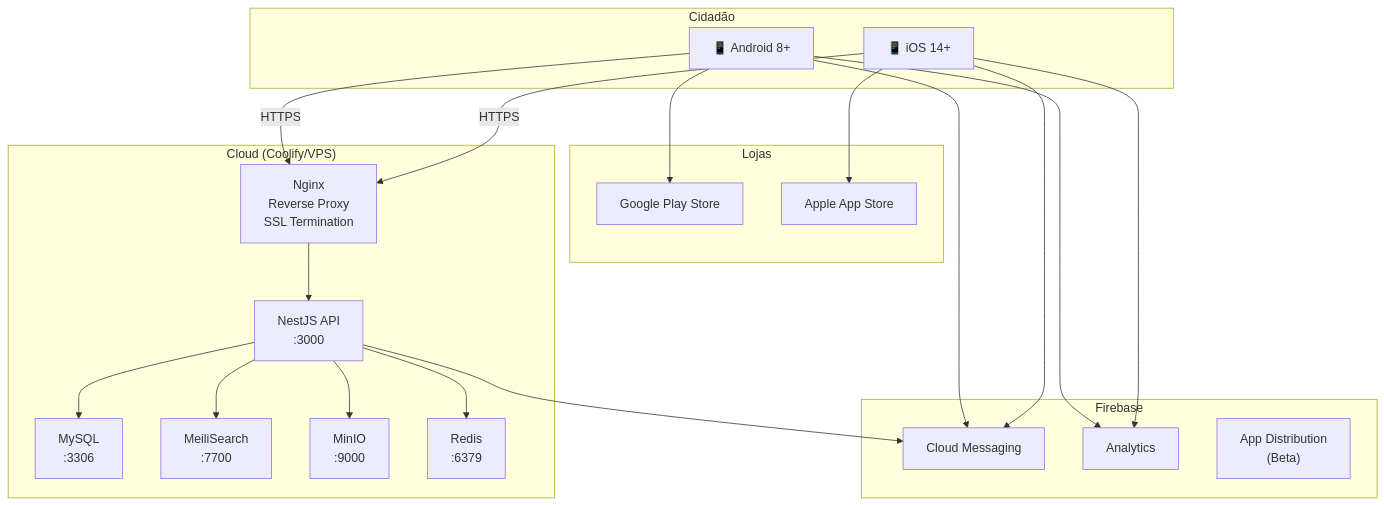
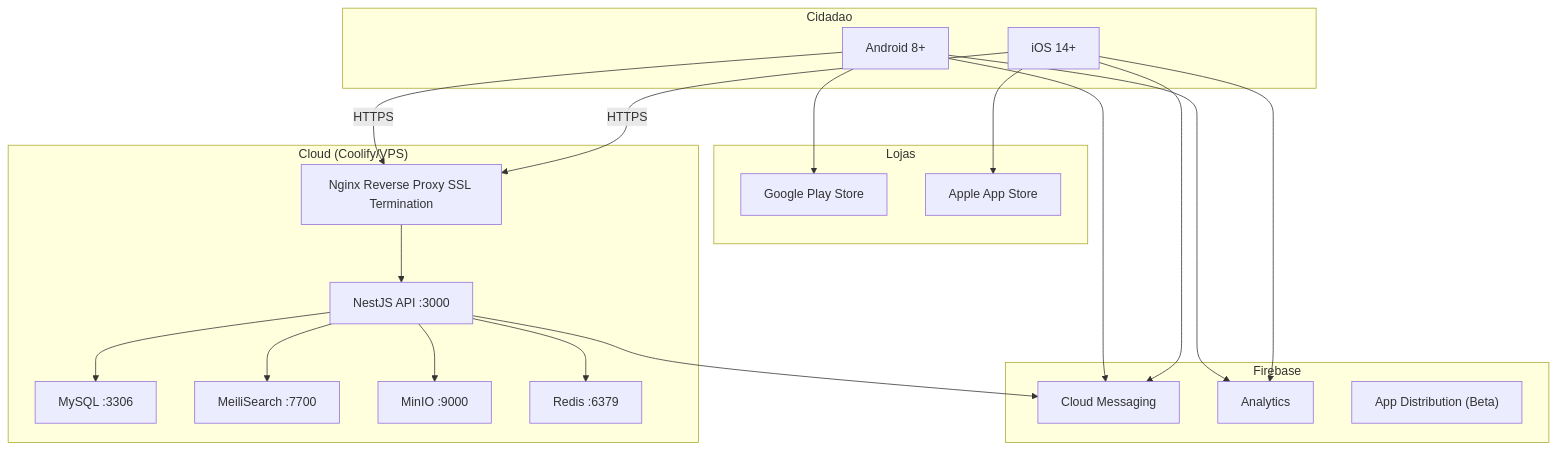
One commit to Advansoftware/Prefeitura-De-Bolso changed the fifth of 5 diagrams in docs/Vol3_Arquitetura_Tecnica.md. Above: the diagram before and after it, drawn with Mermaid. The commit also changed other lines of this file and 1 other file, not shown here.

Commit message:
docs: Fix mermaid diagram parsing in GitHub

````diff
--- a/docs/Vol3_Arquitetura_Tecnica.md
+++ b/docs/Vol3_Arquitetura_Tecnica.md
@@ -748,42 +748,42 @@
 ```mermaid
 graph TB
-    subgraph "Cidadão"
-        ANDROID["📱 Android 8+"]
-        IOS["📱 iOS 14+"]
+    subgraph "Cidadao"
+        ANDROID["Android 8+"]
+        IOS["iOS 14+"]
     end
 
     subgraph "Lojas"
         PLAY["Google Play Store"]
         APPLE["Apple App Store"]
     end
 
     subgraph "Cloud (Coolify/VPS)"
-        NGINX["Nginx<br>Reverse Proxy<br>SSL Termination"]
-        API["NestJS API<br>:3000"]
-        MYSQL_S["MySQL<br>:3306"]
-        MEILI_S["MeiliSearch<br>:7700"]
-        MINIO_S["MinIO<br>:9000"]
-        REDIS_S["Redis<br>:6379"]
+        NGINX["Nginx Reverse Proxy SSL Termination"]
+        API["NestJS API :3000"]
+        MYSQL_S["MySQL :3306"]
+        MEILI_S["MeiliSearch :7700"]
+        MINIO_S["MinIO :9000"]
+        REDIS_S["Redis :6379"]
     end
 
     subgraph "Firebase"
         FCM_S["Cloud Messaging"]
         ANALYTICS_S["Analytics"]
-        DIST["App Distribution<br>(Beta)"]
+        DIST["App Distribution (Beta)"]
     end
 
     ANDROID --> PLAY
     IOS --> APPLE
     ANDROID -->|HTTPS| NGINX
     IOS -->|HTTPS| NGINX
     NGINX --> API
     API --> MYSQL_S
     API --> MEILI_S
     API --> MINIO_S
     API --> REDIS_S
     API --> FCM_S
     ANDROID --> FCM_S
     IOS --> FCM_S
     ANDROID --> ANALYTICS_S
     IOS --> ANALYTICS_S
 ```
````
